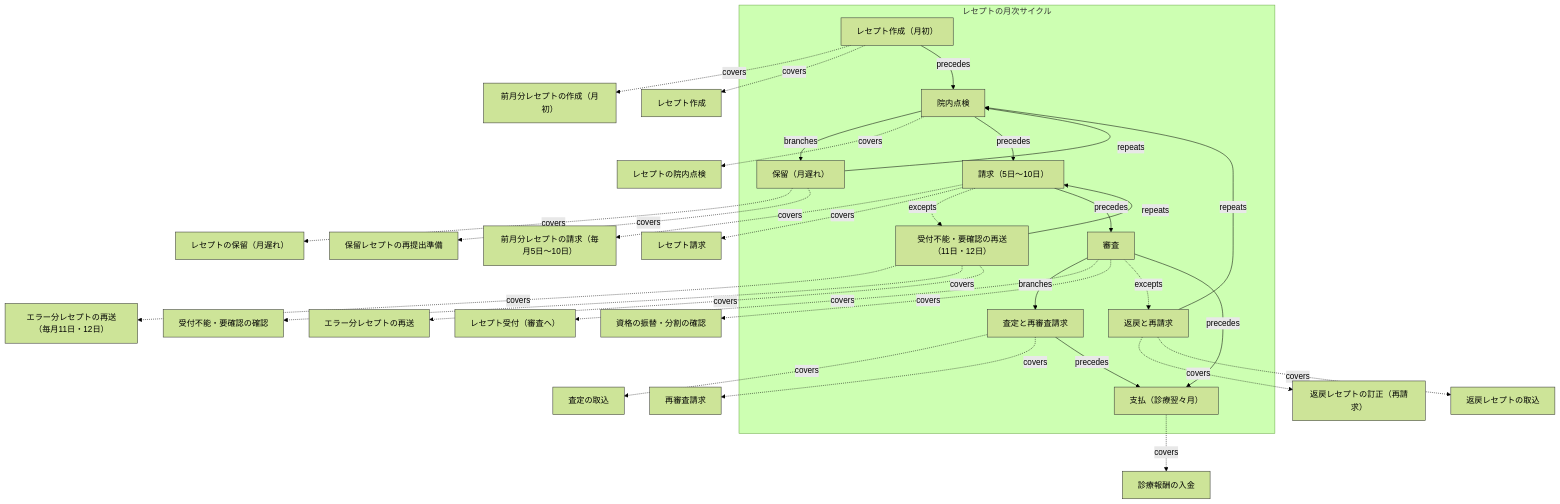
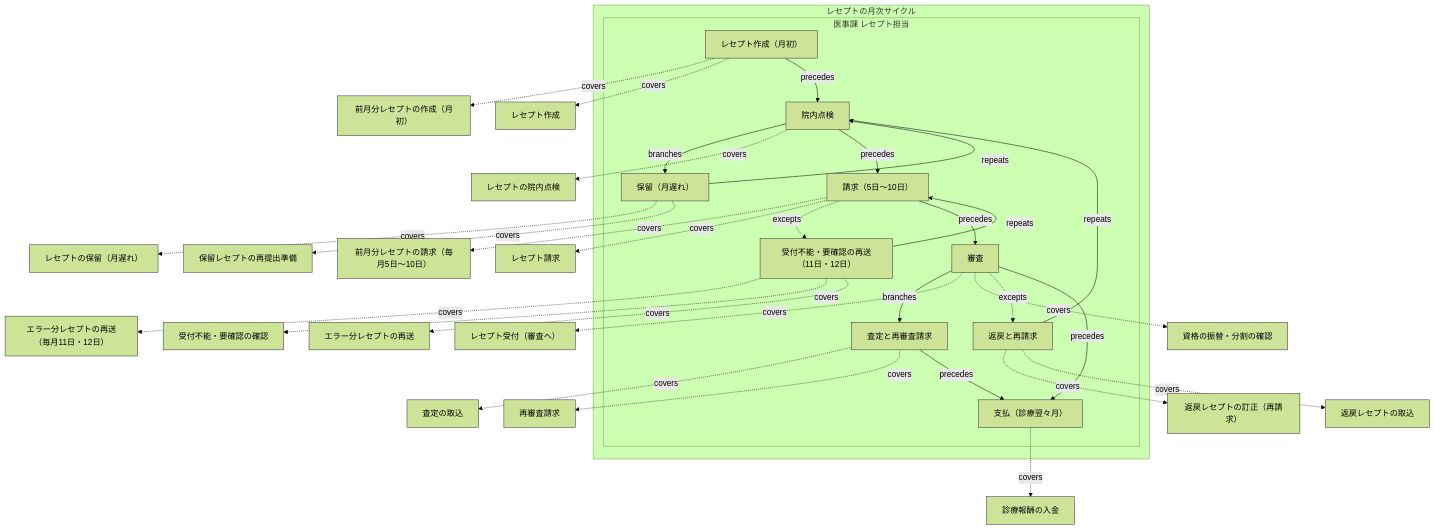
Diagram 18 of 27 in samples/clinic-ops/design-sample.md (manji-0/rdra-ish-dsl), drawn with Mermaid (forest theme) before and after one commit. The commit also changed other lines of this file and 33 other files, not shown here.

First line of the commit message:
docs(samples): give every clinic-ops BUC a business flow with actor lanes

````diff
--- a/samples/clinic-ops/design-sample.md
+++ b/samples/clinic-ops/design-sample.md
@@ -1598,67 +1916,71 @@
 ```mermaid
 %% rdra-ish diagram=flow scope=buc:BucBillingClaims model=samples/clinic-ops
-%% kinds: flow step timer usecase
+%% kinds: flow step lane timer usecase
 %% omitted: buc
 flowchart TD
   subgraph flow__ClaimCycleFlow["レセプトの月次サイクル"]
-    step__AssessStep["査定と再審査請求"]:::step
-    step__CreateStatementStep["レセプト作成（月初）"]:::step
-    step__HoldStep["保留（月遅れ）"]:::step
-    step__InspectStep["院内点検"]:::step
-    step__PaidStep["支払（診療翌々月）"]:::step
-    step__ReceiptErrorStep["受付不能・要確認の再送（11日・12日）"]:::step
-    step__ReturnStep["返戻と再請求"]:::step
-    step__ReviewStep["審査"]:::step
-    step__SubmitStep["請求（5日～10日）"]:::step
+    subgraph lane__ClaimCycleFlow__ClaimsClerk["医事課 レセプト担当"]
+      %% lane lane__ClaimCycleFlow__ClaimsClerk: actor__ClaimsClerk
+      step__AssessStep["査定と再審査請求"]:::step
+      step__CreateStatementStep["レセプト作成（月初）"]:::step
+      step__HoldStep["保留（月遅れ）"]:::step
+      step__InspectStep["院内点検"]:::step
+      step__PaidStep["支払（診療翌々月）"]:::step
+      step__ReceiptErrorStep["受付不能・要確認の再送（11日・12日）"]:::step
+      step__ReturnStep["返戻と再請求"]:::step
+      step__ReviewStep["審査"]:::step
+      step__SubmitStep["請求（5日～10日）"]:::step
+    end
   end
   timer__ErrorResendWindow["エラー分レセプトの再送（毎月11日・12日）"]:::timer
   timer__MonthlyClaimCreation["前月分レセプトの作成（月初）"]:::timer
   timer__MonthlyClaimDeadline["前月分レセプトの請求（毎月5日～10日）"]:::timer
   usecase__CorrectReturnedStatement["返戻レセプトの訂正（再請求）"]:::usecase
   usecase__GenerateClaimStatement["レセプト作成"]:::usecase
   usecase__HoldClaimStatement["レセプトの保留（月遅れ）"]:::usecase
   usecase__InspectClaimStatement["レセプトの院内点検"]:::usecase
   usecase__PostPayment["診療報酬の入金"]:::usecase
   usecase__ReceiveClaimAccepted["レセプト受付（審査へ）"]:::usecase
   usecase__RecordClaimAssessment["査定の取込"]:::usecase
   usecase__RecordClaimReturn["返戻レセプトの取込"]:::usecase
   usecase__RecordReceiptError["受付不能・要確認の確認"]:::usecase
   usecase__ReleaseHeldStatement["保留レセプトの再提出準備"]:::usecase
   usecase__RequestReexamination["再審査請求"]:::usecase
   usecase__ResendErroredStatement["エラー分レセプトの再送"]:::usecase
   usecase__ReviewClaimTransfer["資格の振替・分割の確認"]:::usecase
   usecase__SubmitClaimStatements["レセプト請求"]:::usecase
   step__AssessStep -.->|covers| usecase__RecordClaimAssessment
   step__AssessStep -.->|covers| usecase__RequestReexamination
   step__AssessStep -->|precedes| step__PaidStep
   step__CreateStatementStep -.->|covers| timer__MonthlyClaimCreation
   step__CreateStatementStep -.->|covers| usecase__GenerateClaimStatement
   step__CreateStatementStep -->|precedes| step__InspectStep
   step__HoldStep -.->|covers| usecase__HoldClaimStatement
   step__HoldStep -.->|covers| usecase__ReleaseHeldStatement
   step__HoldStep -->|repeats| step__InspectStep
   step__InspectStep -->|branches| step__HoldStep
   step__InspectStep -.->|covers| usecase__InspectClaimStatement
   step__InspectStep -->|precedes| step__SubmitStep
   step__PaidStep -.->|covers| usecase__PostPayment
   step__ReceiptErrorStep -.->|covers| timer__ErrorResendWindow
   step__ReceiptErrorStep -.->|covers| usecase__RecordReceiptError
   step__ReceiptErrorStep -.->|covers| usecase__ResendErroredStatement
   step__ReceiptErrorStep -->|repeats| step__SubmitStep
   step__ReturnStep -.->|covers| usecase__CorrectReturnedStatement
   step__ReturnStep -.->|covers| usecase__RecordClaimReturn
   step__ReturnStep -->|repeats| step__InspectStep
   step__ReviewStep -->|branches| step__AssessStep
   step__ReviewStep -.->|covers| usecase__ReceiveClaimAccepted
   step__ReviewStep -.->|covers| usecase__ReviewClaimTransfer
   step__ReviewStep -.->|excepts| step__ReturnStep
   step__ReviewStep -->|precedes| step__PaidStep
   step__SubmitStep -.->|covers| timer__MonthlyClaimDeadline
   step__SubmitStep -.->|covers| usecase__SubmitClaimStatements
   step__SubmitStep -.->|excepts| step__ReceiptErrorStep
   step__SubmitStep -->|precedes| step__ReviewStep
   classDef flow stroke:#333;
   classDef step stroke:#333;
+  classDef lane stroke:#333;
   classDef timer stroke:#333;
   classDef usecase stroke:#333;
 ```
````
